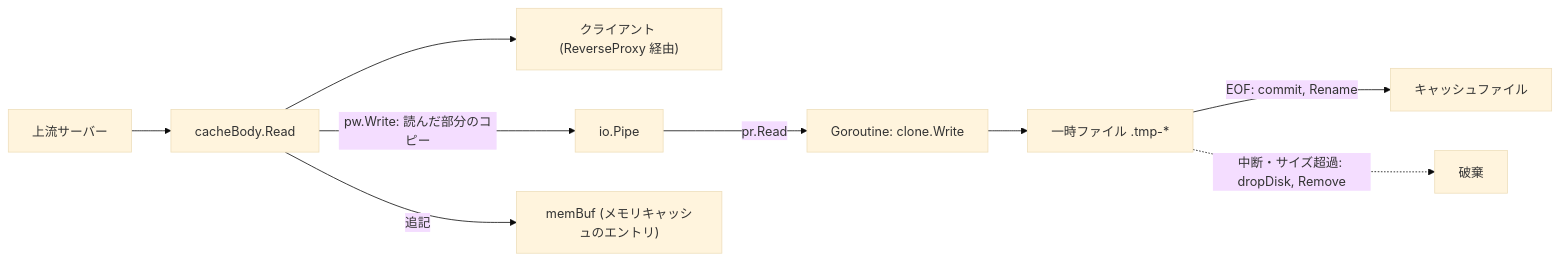
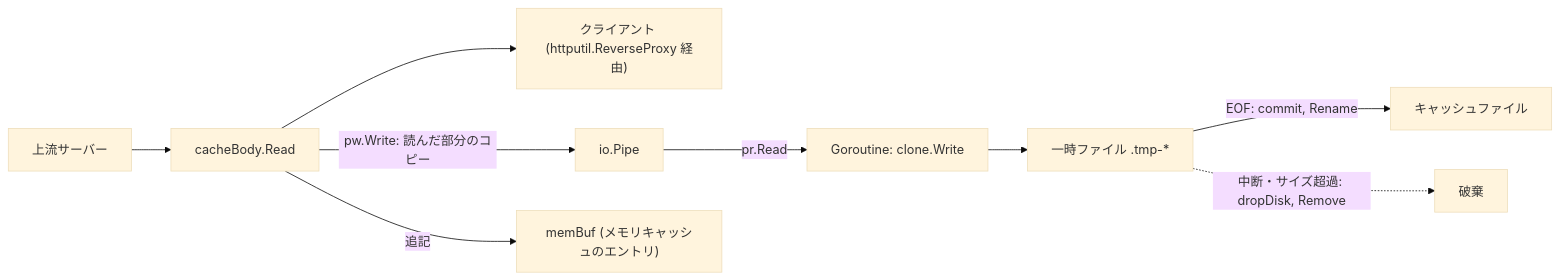
One commit to annupuri/go-polipo changed the third of 3 diagrams in docs/ARCHITECTURE.ja.md. Above: the diagram before and after it, drawn with Mermaid (base theme). The commit also changed other lines of this file and 1 other file, not shown here.

First line of the commit message:
Say that httputil.ReverseProxy is used as a forward proxy

````diff
--- a/docs/ARCHITECTURE.ja.md
+++ b/docs/ARCHITECTURE.ja.md
@@ -78,11 +80,11 @@
 ```mermaid
 graph LR
     U["上流サーバー"] --> CB["cacheBody.Read"]
-    CB --> C["クライアント (ReverseProxy 経由)"]
+    CB --> C["クライアント (httputil.ReverseProxy 経由)"]
     CB -->|"pw.Write: 読んだ部分のコピー"| P["io.Pipe"]
     CB -->|"追記"| M["memBuf (メモリキャッシュのエントリ)"]
     P -->|"pr.Read"| G["Goroutine: clone.Write"]
     G --> T["一時ファイル .tmp-*"]
     T -->|"EOF: commit, Rename"| F["キャッシュファイル"]
     T -.->|"中断・サイズ超過: dropDisk, Remove"| X["破棄"]
 ```
````
